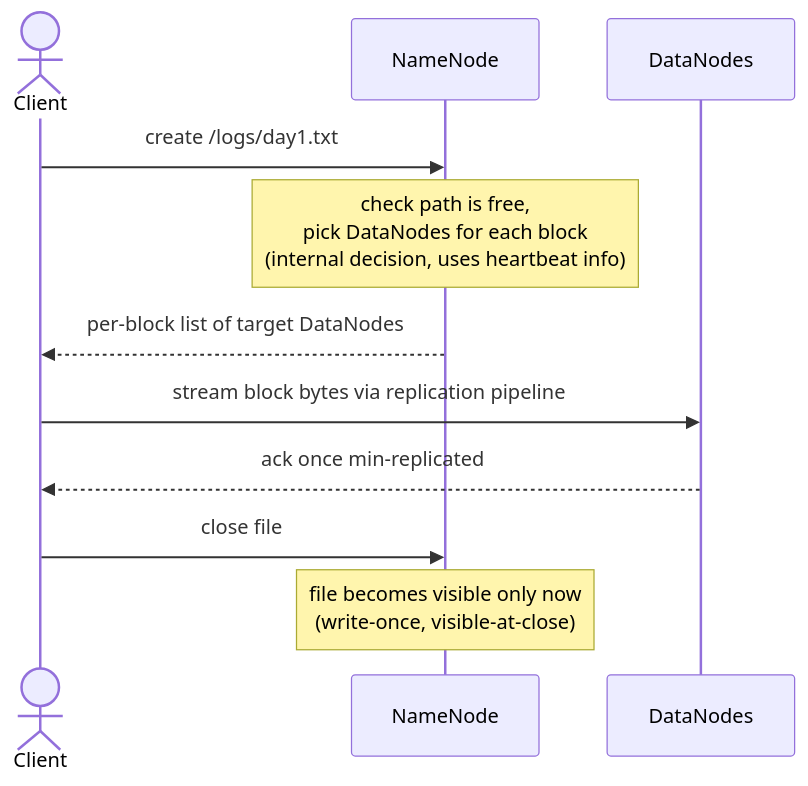
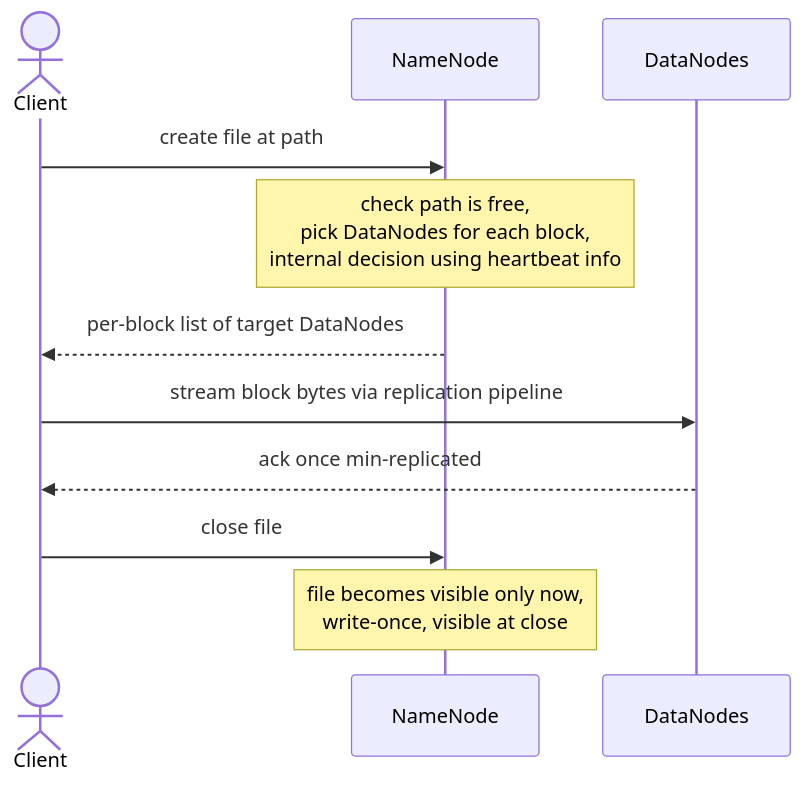
Before and after one commit to anurag06243/mini-hdfs: the second of 4 diagrams in docs/uml/hld-architecture.md, drawn with Mermaid. The commit also changed other lines of this file, not shown here.

Commit message:
Fix Mermaid parse errors: remove slashes, parens, semicolons from labels

````diff
--- a/docs/uml/hld-architecture.md
+++ b/docs/uml/hld-architecture.md
@@ -54,14 +54,14 @@
 ```mermaid
 sequenceDiagram
     actor U as Client
     participant NN as NameNode
     participant DN as DataNodes
 
-    U->>NN: create /logs/day1.txt
-    Note over NN: check path is free,<br/>pick DataNodes for each block<br/>(internal decision, uses heartbeat info)
+    U->>NN: create file at path
+    Note over NN: check path is free,<br/>pick DataNodes for each block,<br/>internal decision using heartbeat info
     NN-->>U: per-block list of target DataNodes
     U->>DN: stream block bytes via replication pipeline
     DN-->>U: ack once min-replicated
     U->>NN: close file
-    Note over NN: file becomes visible only now<br/>(write-once, visible-at-close)
+    Note over NN: file becomes visible only now,<br/>write-once, visible at close
 ```
````
